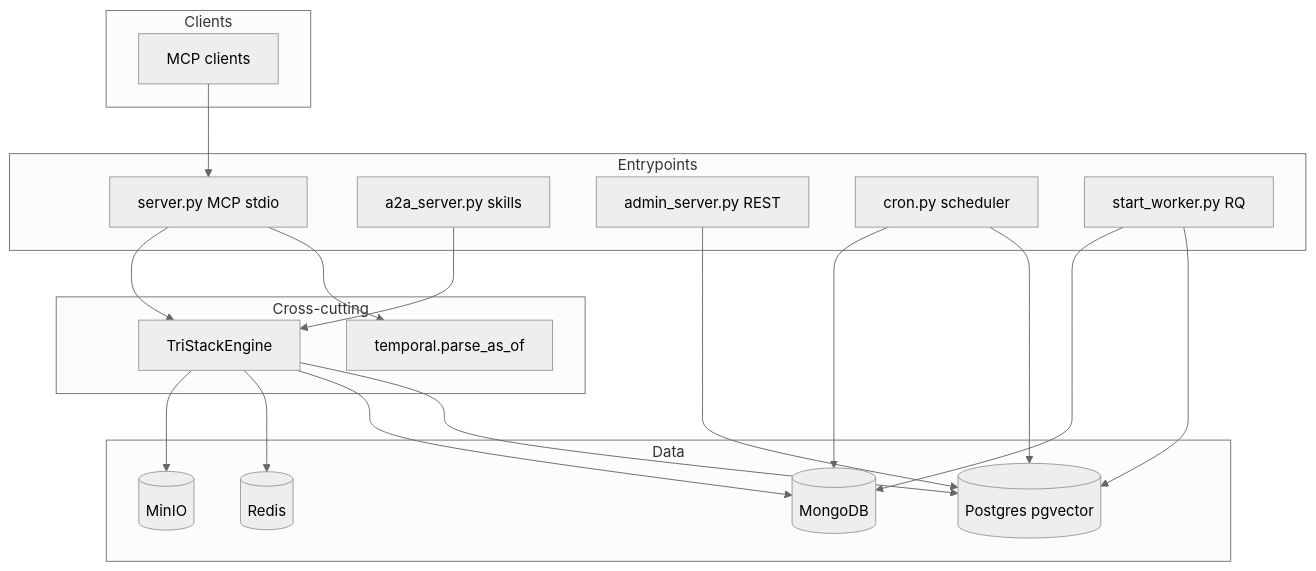
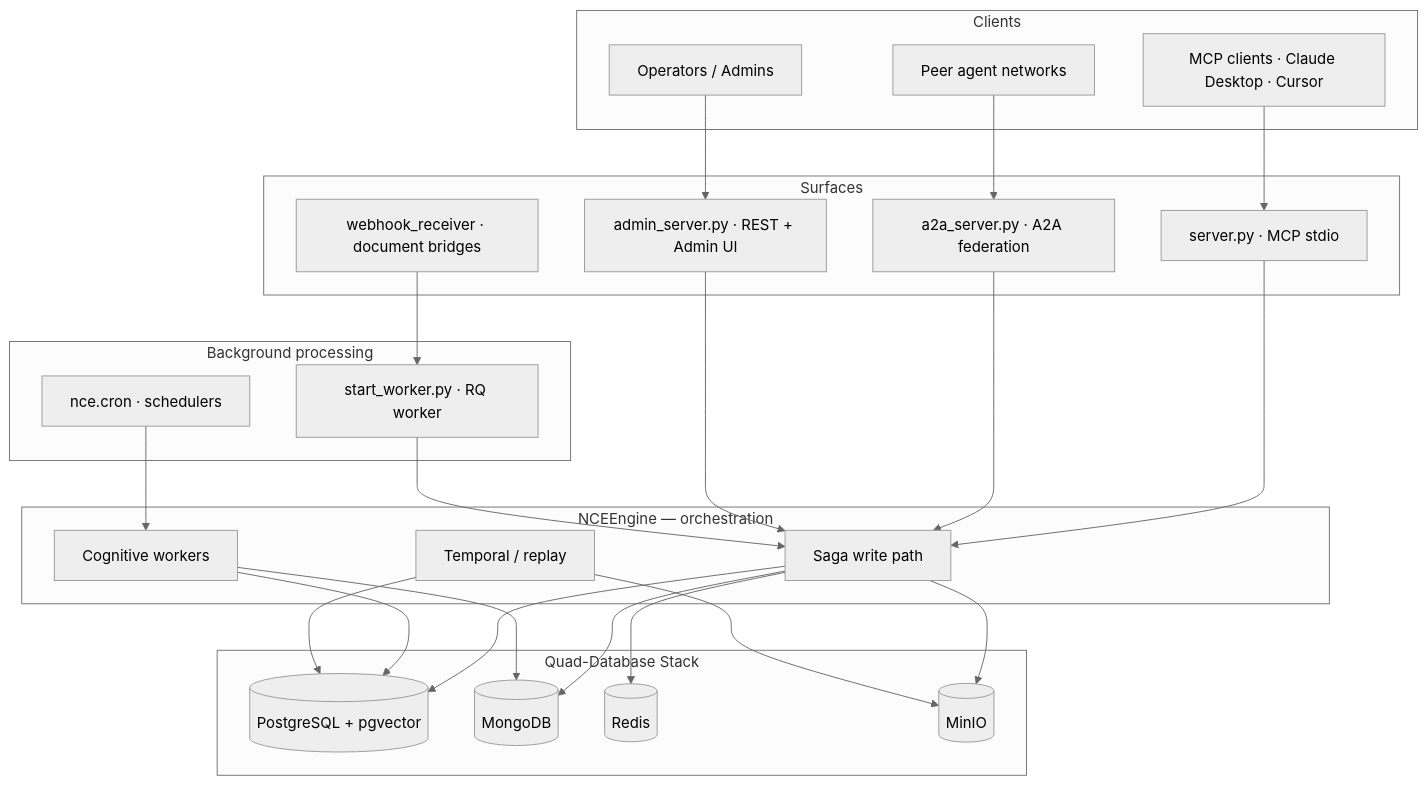
Before and after one commit to sindrehaugen/TriMCP: the diagram in README.md, drawn with Mermaid (neutral theme). The commit also changed other lines of this file and 242 other files, not shown here.

````diff
--- a/README.md
+++ b/README.md
@@ -31,36 +83,46 @@
 ```mermaid
 flowchart TB
-  subgraph Clients
-    IDE[MCP clients]
+  subgraph Clients [Clients]
+    IDE[MCP clients · Claude Desktop · Cursor]
+    PEER[Peer agent networks]
+    OPS[Operators / Admins]
   end
-  subgraph Entrypoints
-    STDIO[server.py MCP stdio]
-    A2A[a2a_server.py skills]
-    ADM[admin_server.py REST]
-    CRON[cron.py scheduler]
-    RQ[start_worker.py RQ]
+
+  subgraph Surfaces [Surfaces]
+    STDIO[server.py · MCP stdio]
+    A2A[a2a_server.py · A2A federation]
+    ADM[admin_server.py · REST + Admin UI]
+    WH[webhook_receiver · document bridges]
   end
-  subgraph Data
-    PG[(Postgres pgvector)]
+
+  subgraph Background [Background processing]
+    RQ[start_worker.py · RQ worker]
+    CRON[nce.cron · schedulers]
+  end
+
+  subgraph Engine [NCEEngine — orchestration]
+    ORCH[Saga write path]
+    COG[Cognitive workers]
+    TMP[Temporal / replay]
+  end
+
+  subgraph Data [Quad-Database Stack]
+    PG[(PostgreSQL + pgvector)]
     MG[(MongoDB)]
     RD[(Redis)]
     S3[(MinIO)]
   end
-  subgraph Cross_cutting["Cross-cutting"]
-    TMP["temporal.parse_as_of"]
-    TSE[TriStackEngine]
-  end
+
   IDE --> STDIO
-  STDIO --> TMP
-  STDIO --> TSE
-  A2A --> TSE
-  ADM --> PG
-  TSE --> PG
-  TSE --> MG
-  TSE --> RD
-  TSE --> S3
-  RQ --> PG
-  RQ --> MG
-  CRON --> PG
-  CRON --> MG
+  PEER --> A2A
+  OPS --> ADM
+  STDIO --> ORCH
+  A2A --> ORCH
+  ADM --> ORCH
+  WH --> RQ
+  RQ --> ORCH
+  CRON --> COG
+  ORCH --> PG & MG & RD & S3
+  COG --> PG & MG
+  TMP --> PG & S3
 ```
````
